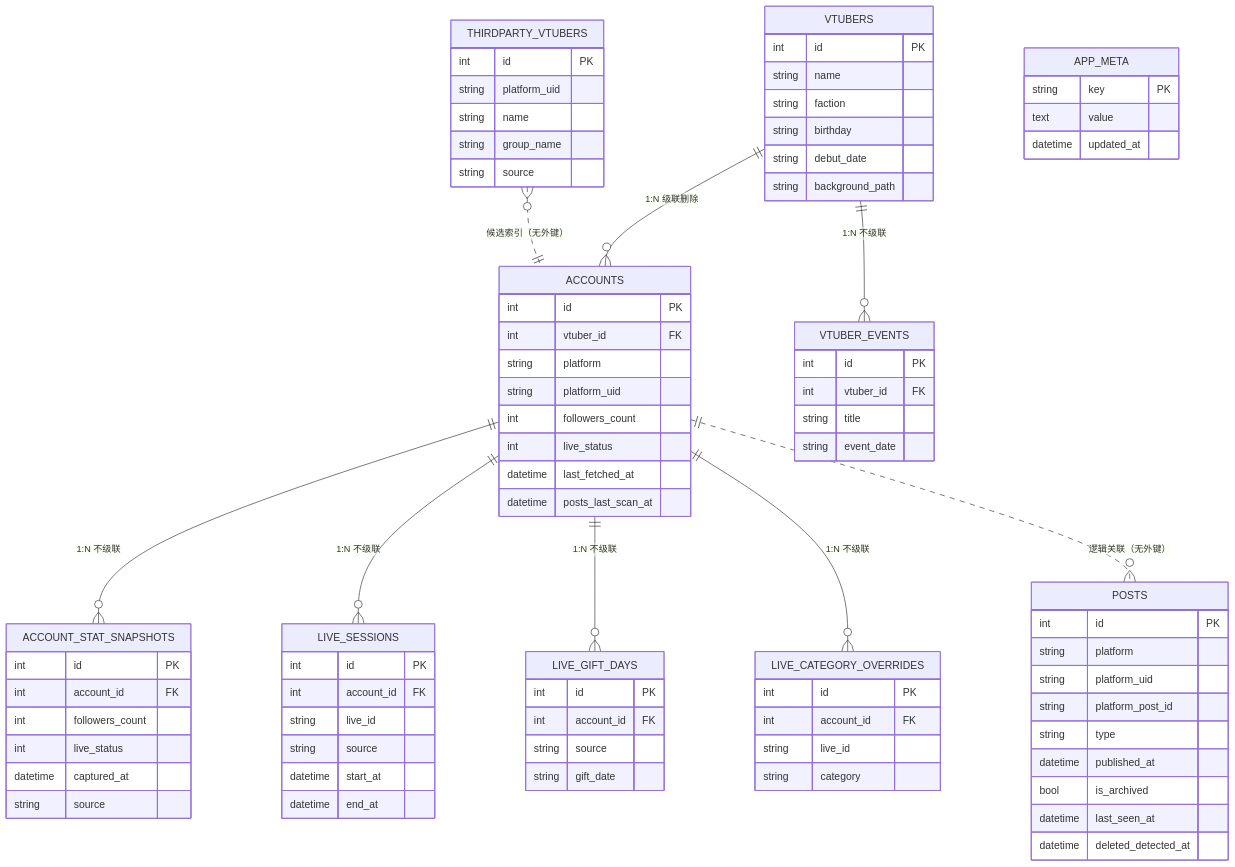
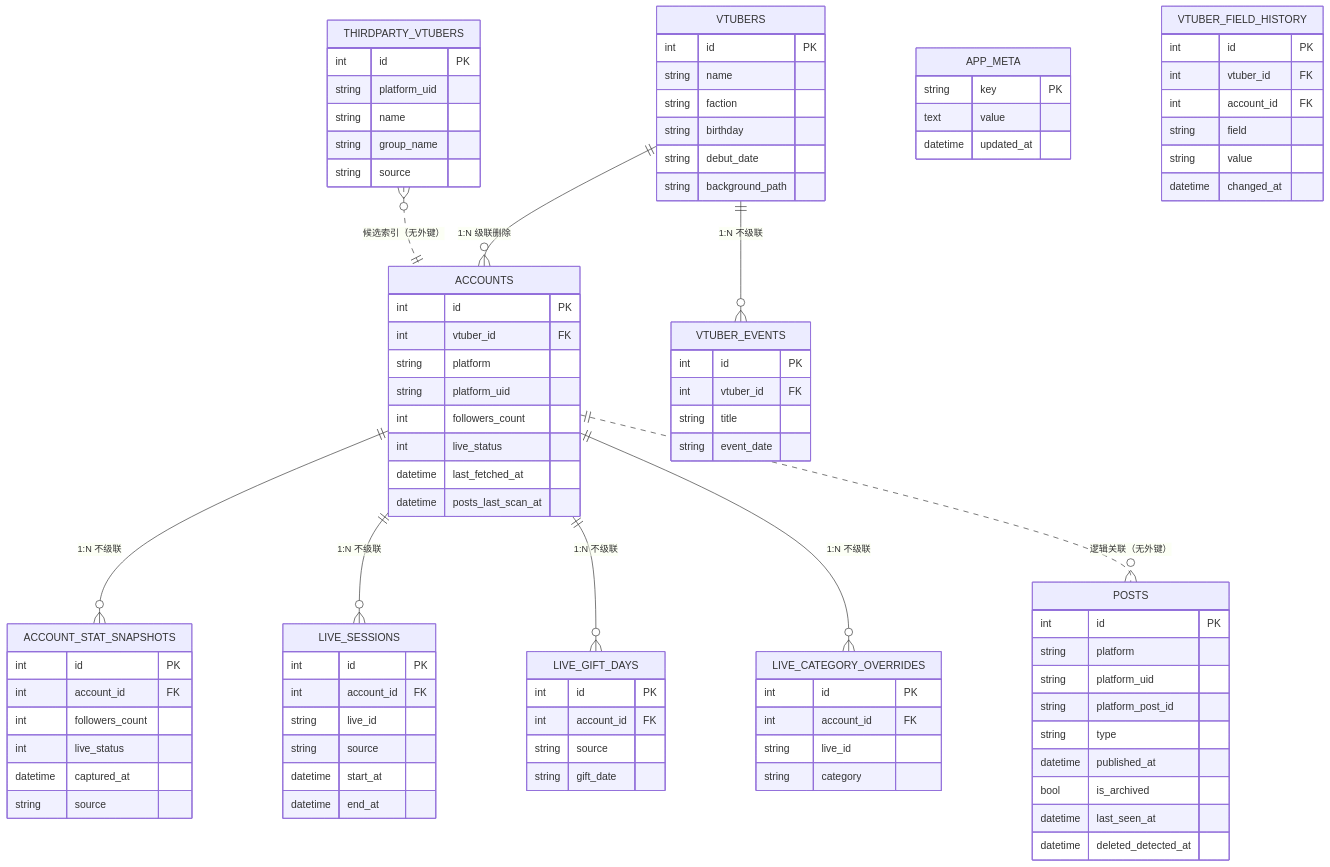
The second of 8 diagrams in docs/ARCHITECTURE.md (Mrslippe/DDToolkit), drawn with Mermaid before and after one commit. The commit also changed other lines of this file and 32 other files, not shown here.

````diff
--- a/docs/ARCHITECTURE.md
+++ b/docs/ARCHITECTURE.md
@@ -151,4 +151,12 @@
     text value
     datetime updated_at
   }
+  VTUBER_FIELD_HISTORY {
+    int id PK
+    int vtuber_id FK
+    int account_id FK
+    string field
+    string value
+    datetime changed_at
+  }
 ```
````
